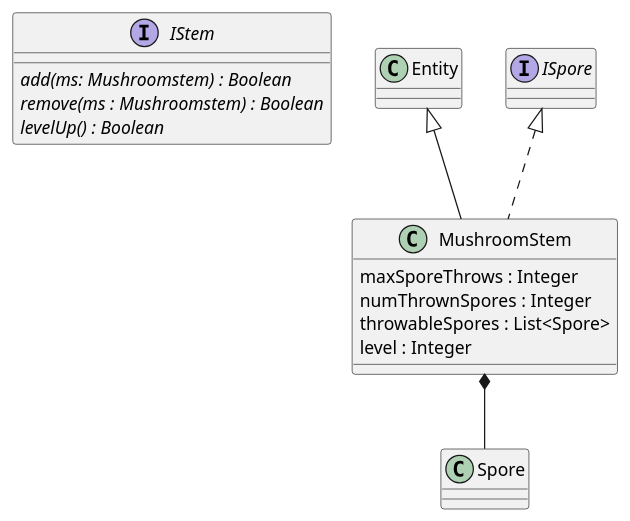
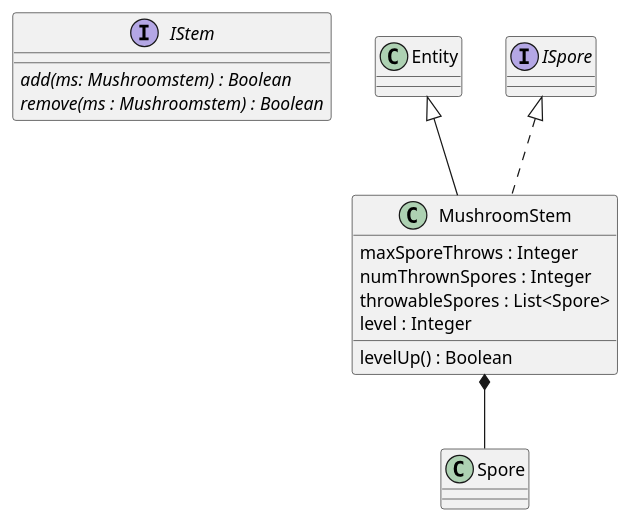
Before and after one commit to Petya-G/fungorium: the diagram in 5/classes/mushroom/mushroomStem.puml, drawn with PlantUML. The commit also changed 12 other files, not shown here.

Commit message:
spores, endturns, class diagram fix

```diff
--- a/5/classes/mushroom/mushroomStem.puml
+++ b/5/classes/mushroom/mushroomStem.puml
@@ -1,17 +1,17 @@
 @startuml stem
 
 interface IStem{
     {abstract} add(ms: Mushroomstem) : Boolean
     {abstract} remove(ms : Mushroomstem) : Boolean
-    {abstract} levelUp() : Boolean
 }
 
 MushroomStem *-- Spore
 class MushroomStem extends Entity implements ISpore{
     maxSporeThrows : Integer
     numThrownSpores : Integer
     throwableSpores : List<Spore>
     level : Integer
+    levelUp() : Boolean
 }
 
 @enduml
```
